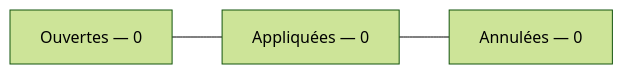
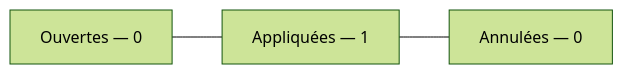
Before and after one commit to JavaChrist/Tai-Chi-AI-Coach: the third of 5 diagrams in docs/runtime/14_DECISIONS_RUNTIME.md, drawn with Mermaid (forest theme). The commit also changed other lines of this file and 14 other files, not shown here.

````diff
--- a/docs/runtime/14_DECISIONS_RUNTIME.md
+++ b/docs/runtime/14_DECISIONS_RUNTIME.md
@@ -66,5 +82,5 @@
 ```mermaid
 flowchart LR
-  Ouv[Ouvertes — 0] --- App[Appliquées — 0]
+  Ouv[Ouvertes — 0] --- App[Appliquées — 1]
   App --- Ann[Annulées — 0]
 ```
````
